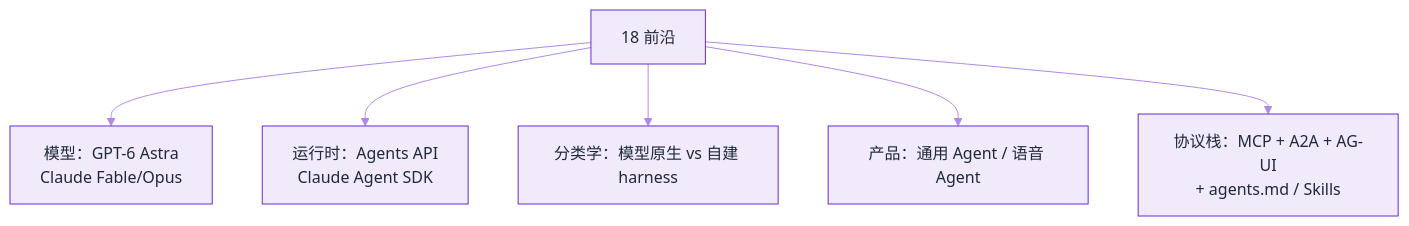
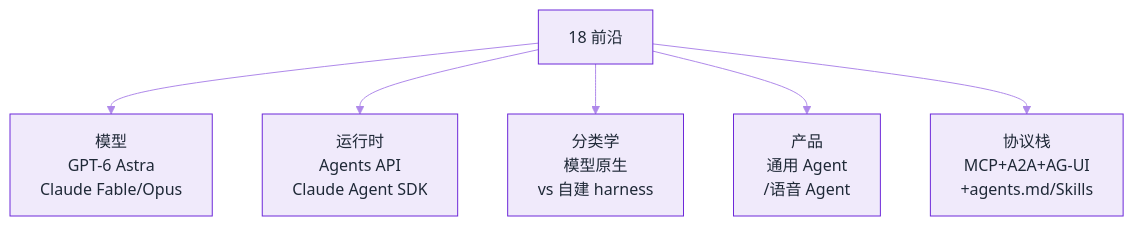
The diagram in docs/18-frontier-2026/README.md (funny8kids/ai-agent-handbook), drawn with Mermaid before and after one commit. The commit also changed 39 other files, not shown here.

First line of the commit message:
Round 15: re-measure all diagrams on GitBook's real mermaid version (11.14.0)

````diff
--- a/docs/18-frontier-2026/README.md
+++ b/docs/18-frontier-2026/README.md
@@ -31,9 +31,9 @@
 ```mermaid
 %%{init: {"theme":"base","themeVariables":{"primaryColor":"#F0EAFB","primaryBorderColor":"#6D28D9","primaryTextColor":"#1F2937","secondaryColor":"#DFD0F7","tertiaryColor":"#F9F6FD","lineColor":"#AF89EA","actorBkg":"#F3EEFC","actorBorder":"#6D28D9","actorTextColor":"#1F2937","signalColor":"#9969E4","noteBkgColor":"#E5D8F8","noteBorderColor":"#6D28D9","noteTextColor":"#1F2937","labelBoxBkgColor":"#F0EAFB","labelBoxBorderColor":"#6D28D9"}}}%%
 flowchart TB
-  A[18 前沿] --> B[模型：GPT-6 Astra<br/>Claude Fable/Opus]
-  A --> C[运行时：Agents API<br/>Claude Agent SDK]
-  A --> D[分类学：模型原生 vs 自建 harness]
-  A --> E[产品：通用 Agent / 语音 Agent]
-  A --> F[协议栈：MCP + A2A + AG-UI<br/>+ agents.md / Skills]
+  A[18 前沿] --> B[模型<br/>GPT-6 Astra<br/>Claude Fable/Opus]
+  A --> C[运行时<br/>Agents API<br/>Claude Agent SDK]
+  A --> D[分类学<br/>模型原生<br/>vs 自建 harness]
+  A --> E[产品<br/>通用 Agent<br/>/语音 Agent]
+  A --> F[协议栈<br/>MCP+A2A+AG-UI<br/>+agents.md/Skills]
 ```
````
